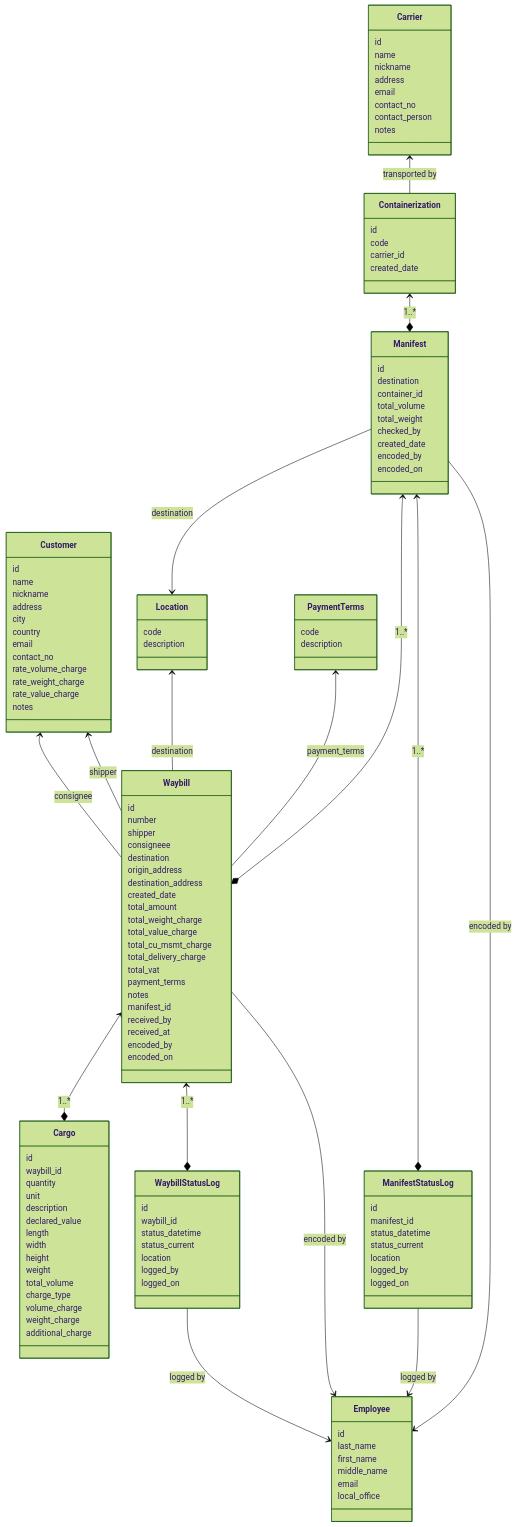
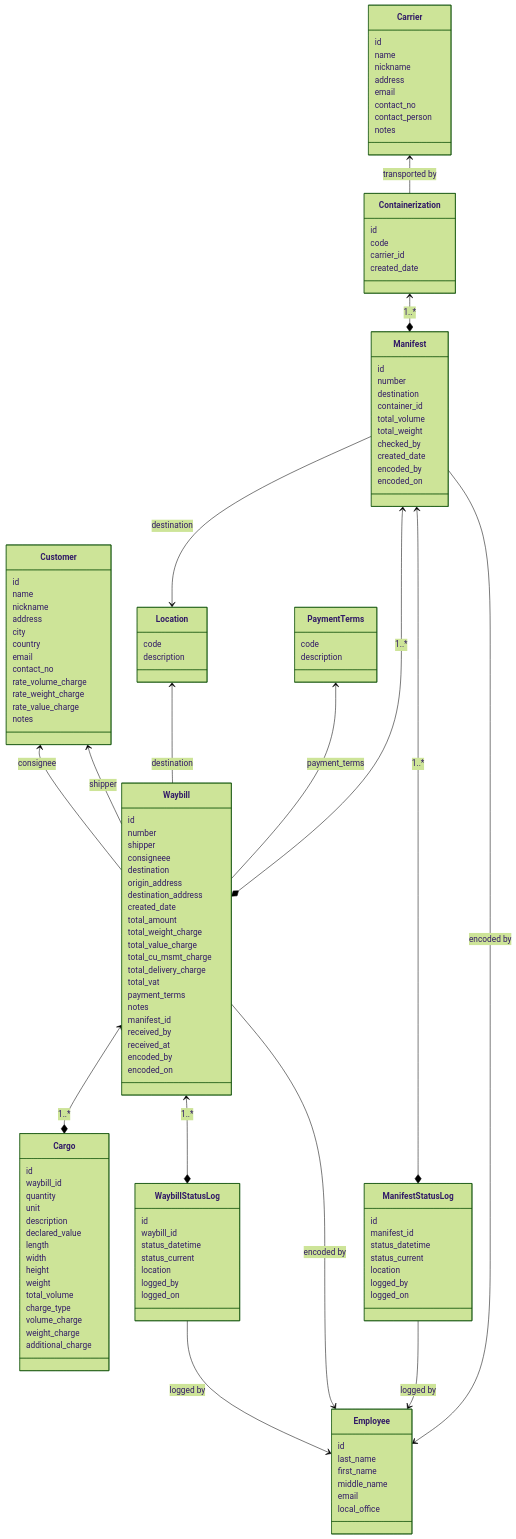
Before and after one commit to marteyhaw/ideal-train: the diagram in docs/MODELS.md, drawn with Mermaid (forest theme). The commit also changed other lines of this file, not shown here.

Commit message:
chore: updated MODELS.md to indicate destination referencing Location table, and missing number field on Manifest entity

```diff
--- a/docs/MODELS.md
+++ b/docs/MODELS.md
@@ -81,6 +81,7 @@
 }
 class Manifest{
   id
+  number
   destination
   container_id
   total_volume
```
